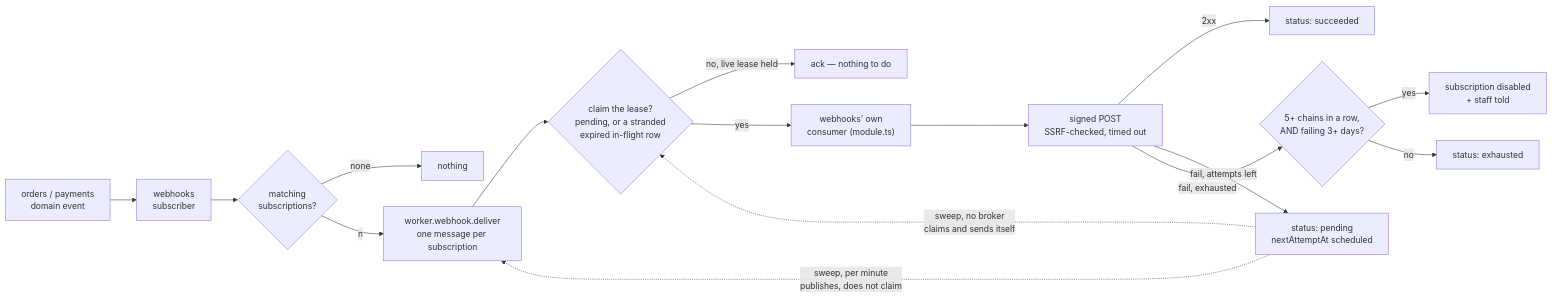
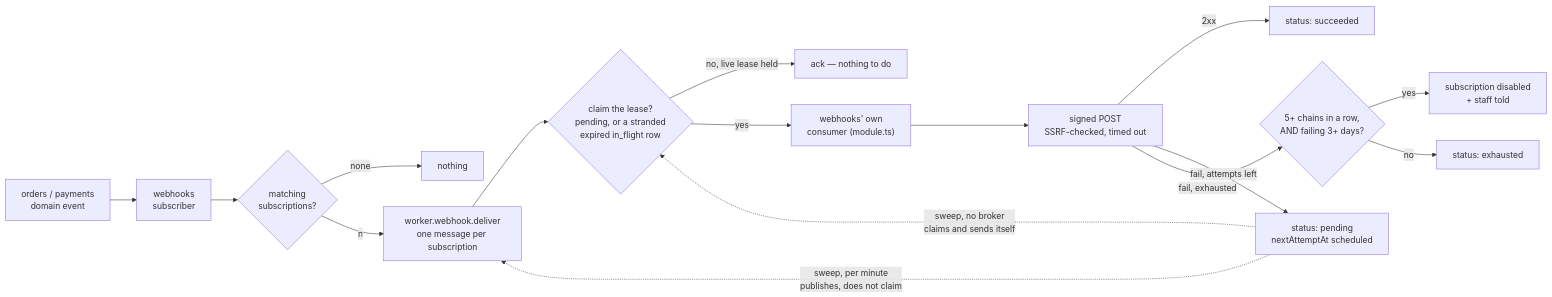
Before and after one commit to Guebbit/boilerplate-node-backend: the third of 5 diagrams in docs/modules/webhooks.md, drawn with Mermaid. The commit also changed other lines of this file and 22 other files, not shown here.

````diff
--- a/docs/modules/webhooks.md
+++ b/docs/modules/webhooks.md
@@ -118,18 +118,18 @@
 ```mermaid
 flowchart LR
     SVC["orders / payments<br/>domain event"] --> PUB["webhooks<br/>subscriber"]
     PUB --> MATCH{"matching<br/>subscriptions?"}
     MATCH -->|none| DROP["nothing"]
     MATCH -->|n| Q["worker.webhook.deliver<br/>one message per subscription"]
-    Q --> CLAIM{"claim the lease?<br/>pending, or a stranded<br/>expired in-flight row"}
+    Q --> CLAIM{"claim the lease?<br/>pending, or a stranded<br/>expired in_flight row"}
     CLAIM -->|no, live lease held| ACK["ack — nothing to do"]
     CLAIM -->|yes| W["webhooks' own<br/>consumer (module.ts)"]
     W --> HTTP["signed POST<br/>SSRF-checked, timed out"]
     HTTP -->|2xx| OK["status: succeeded"]
     HTTP -->|fail, attempts left| BACK["status: pending<br/>nextAttemptAt scheduled"]
     HTTP -->|fail, exhausted| DIS{"5+ chains in a row,<br/>AND failing 3+ days?"}
     DIS -->|yes| OFF["subscription disabled<br/>+ staff told"]
     DIS -->|no| DONE["status: exhausted"]
     BACK -.->|sweep, per minute<br/>publishes, does not claim| Q
     BACK -.->|sweep, no broker<br/>claims and sends itself| CLAIM
 ```
````
